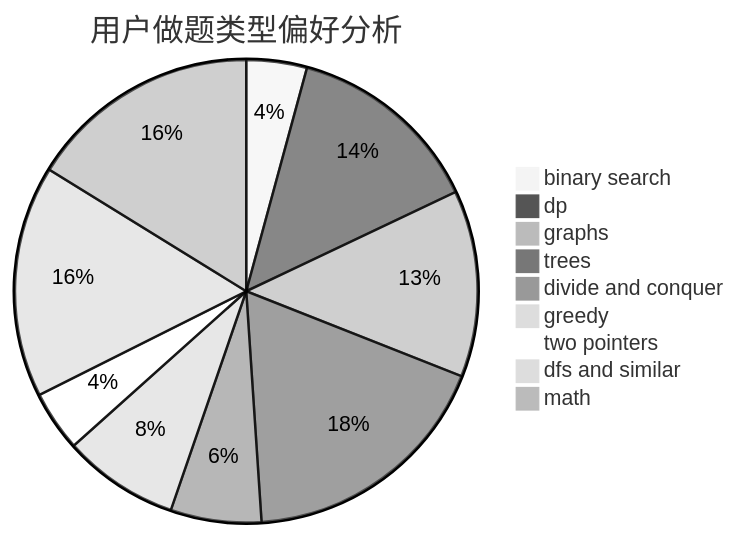
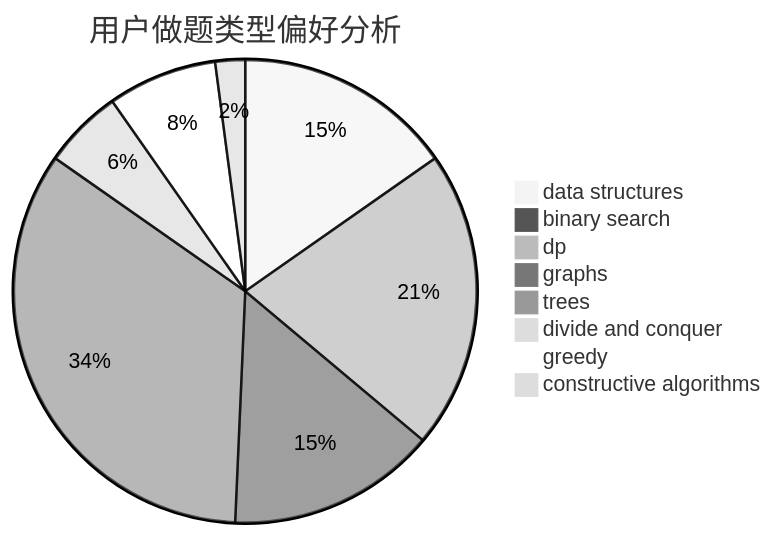
One commit to sherpahu/cfrs.github.io changed the second of 3 diagrams in docs/user/u2425.md. Above: the diagram before and after it, drawn with Mermaid (neutral theme). The commit also changed other lines of this file and 2775 other files, not shown here.

````diff
--- a/docs/user/u2425.md
+++ b/docs/user/u2425.md
@@ -23,12 +23,11 @@
 ```mermaid
 pie title 用户做题类型偏好分析
-    "binary search" :  12
-    "dp" :  39
-    "graphs" :  37
-    "trees" :  51
-    "divide and conquer" :  18
-    "greedy" :  23
-    "two pointers" :  12
-    "dfs and similar" :  46
-    "math" :  46
+    "data structures" :  22
+    "binary search" :  0
+    "dp" :  30
+    "graphs" :  21
+    "trees" :  49
+    "divide and conquer" :  8
+    "greedy" :  11
+    "constructive algorithms" :  3
 ```
````
